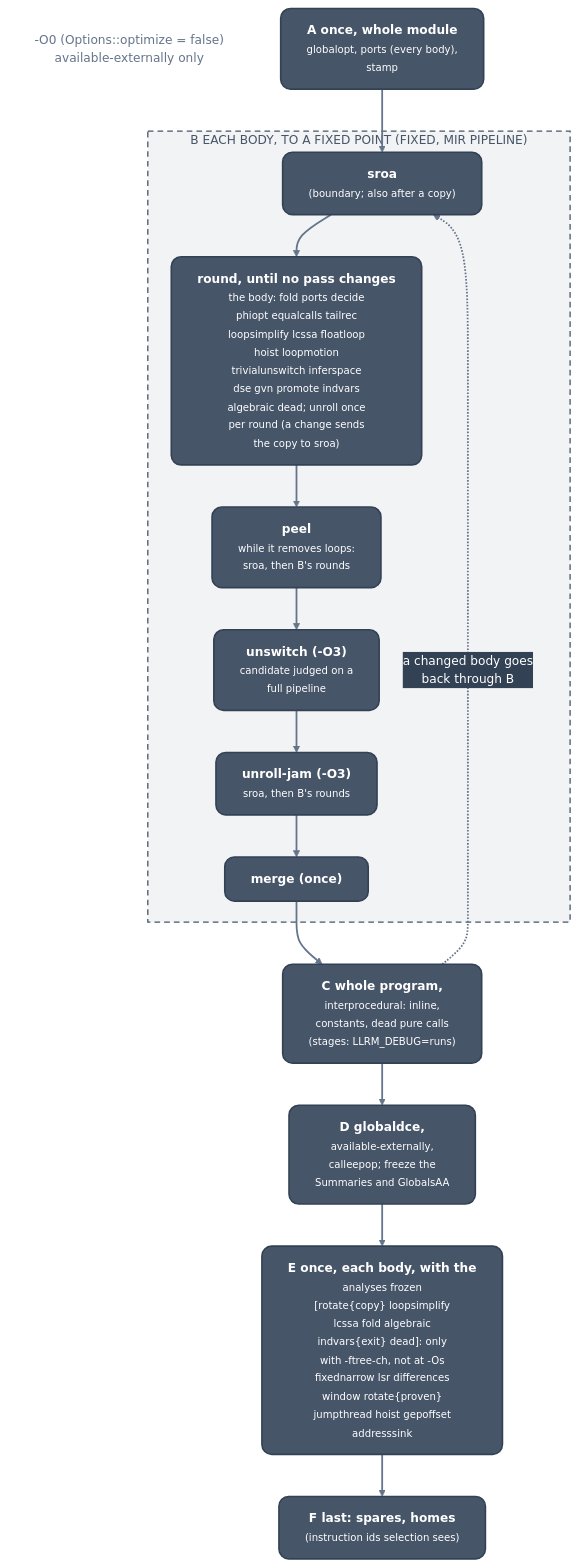
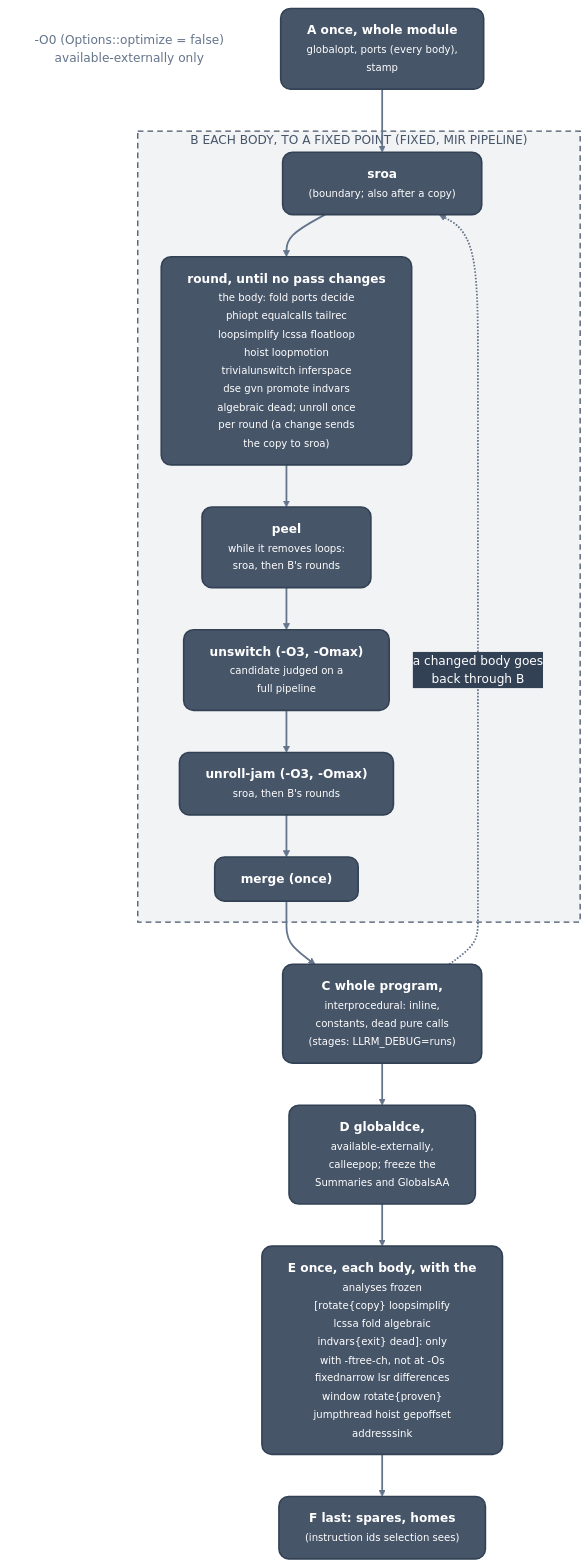
Before and after one commit to ali-mosavian/llrm: the diagram in docs/optimizations/passes/pipeline.md, drawn with Mermaid. The commit also changed other lines of this file and 7 other files, not shown here.

First line of the commit message:
perf(pipeline): -Omax unswitches loops and jams nests, as every pass is on there

````diff
--- a/docs/optimizations/passes/pipeline.md
+++ b/docs/optimizations/passes/pipeline.md
@@ -18,33 +18,33 @@
 ```mermaid
 %%{init: {'theme':'base','themeVariables':{'fontFamily':'Segoe UI, Helvetica Neue, Arial, DejaVu Sans, sans-serif','fontSize':'15px','primaryColor':'#475569','primaryTextColor':'#ffffff','primaryBorderColor':'#334155','lineColor':'#64748b','secondaryColor':'#475569','tertiaryColor':'transparent','clusterBkg':'transparent','clusterBorder':'#64748b','edgeLabelBackground':'#334155','textColor':'#64748b','titleColor':'#64748b'},'flowchart':{'curve':'basis','nodeSpacing':38,'rankSpacing':52,'padding':16,'wrappingWidth':360,'htmlLabels':true,'useMaxWidth':true}}}%%
 flowchart TB
   classDef mid fill:#475569,stroke:#334155,stroke-width:2px,color:#ffffff,rx:12px,ry:12px
   classDef note fill:transparent,stroke:transparent,color:#64748b
   linkStyle default stroke:#64748b,stroke-width:2.2px
   o0["-O0 (Options::optimize = false)<br/>available-externally only"]:::note
   a["<b>A  once, whole module</b><br/><small>globalopt, ports (every body),<br/>stamp</small>"]:::mid
   subgraph g_b["B  EACH BODY, TO A FIXED POINT (FIXED, MIR PIPELINE)"]
     sroa["<b>sroa</b><br/><small>(boundary#59; also after a copy)</small>"]:::mid
     rnd["<b>round, until no pass changes</b><br/><small>the body: fold ports decide<br/>phiopt equalcalls tailrec<br/>loopsimplify lcssa floatloop<br/>hoist loopmotion<br/>trivialunswitch inferspace<br/>dse gvn promote indvars<br/>algebraic dead#59; unroll once<br/>per round (a change sends<br/>the copy to sroa)</small>"]:::mid
     peel["<b>peel</b><br/><small>while it removes loops:<br/>sroa, then B's rounds</small>"]:::mid
-    unsw["<b>unswitch (-O3)</b><br/><small>candidate judged on a<br/>full pipeline</small>"]:::mid
-    jam["<b>unroll-jam (-O3)</b><br/><small>sroa, then B's rounds</small>"]:::mid
+    unsw["<b>unswitch (-O3, -Omax)</b><br/><small>candidate judged on a<br/>full pipeline</small>"]:::mid
+    jam["<b>unroll-jam (-O3, -Omax)</b><br/><small>sroa, then B's rounds</small>"]:::mid
     mrg["<b>merge (once)</b>"]:::mid
   end
   c["<b>C  whole program,</b><br/><small>interprocedural: inline,<br/>constants, dead pure calls<br/>(stages: LLRM_DEBUG=runs)</small>"]:::mid
   d["<b>D  globaldce,</b><br/><small>available-externally,<br/>calleepop#59; freeze the<br/>Summaries and GlobalsAA</small>"]:::mid
   e["<b>E  once, each body, with the</b><br/><small>analyses frozen<br/>[rotate#123;copy#125; loopsimplify<br/>lcssa fold algebraic<br/>indvars#123;exit#125; dead]: only<br/>with -ftree-ch, not at -Os<br/>fixednarrow lsr differences<br/>window rotate#123;proven#125;<br/>jumpthread hoist gepoffset<br/>addresssink</small>"]:::mid
   f["<b>F  last: spares, homes</b><br/><small>(instruction ids selection sees)</small>"]:::mid
   a --> sroa
   sroa --> rnd
   rnd --> peel
   peel --> unsw
   unsw --> jam
   jam --> mrg
   mrg --> c
   c -.->|"a changed body goes<br/>back through B"| sroa
   c --> d
   d --> e
   e --> f
   style g_b fill:#47556912,stroke:#475569,stroke-width:1.6px,stroke-dasharray:7 5,color:#475569
 ```
````
